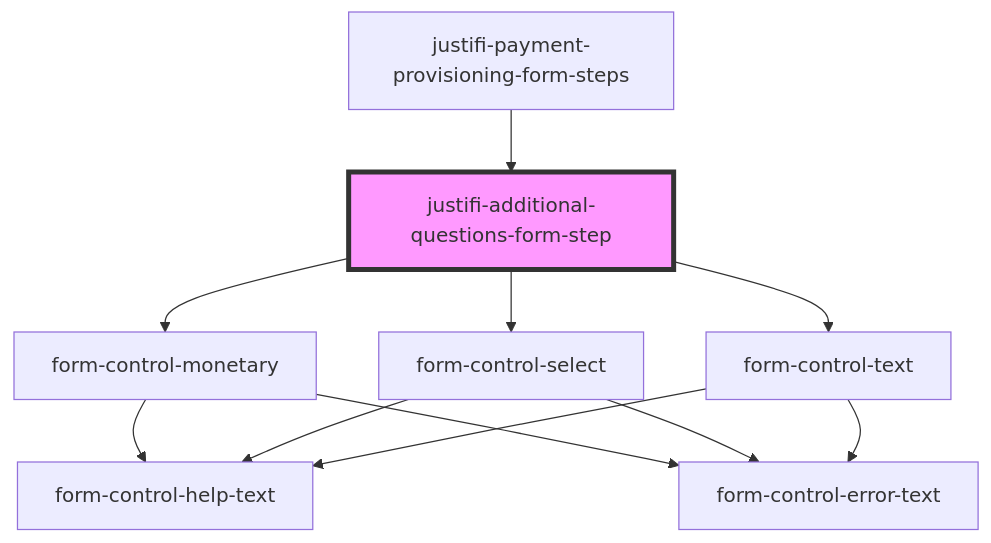
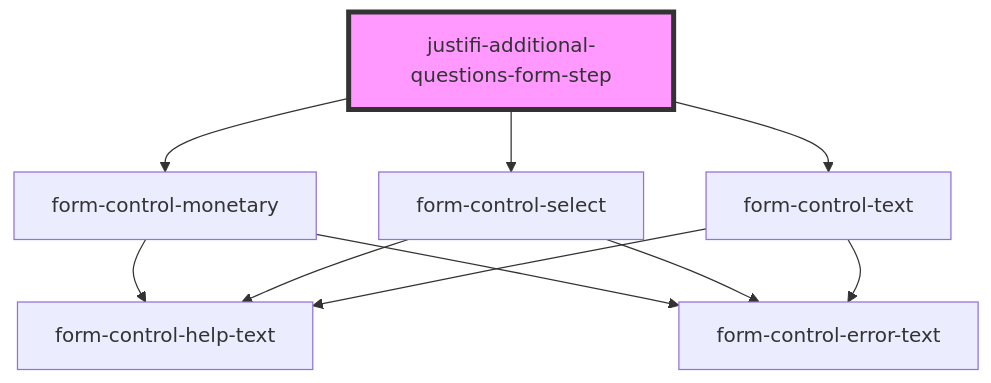
Before and after one commit to justifi-tech/web-component-library: the diagram in packages/webcomponents/src/components/business-forms/payment-provisioning/additional-questions/readme.md, drawn with Mermaid. The commit also changed other lines of this file and 4 other files, not shown here.

````diff
--- a/packages/webcomponents/src/components/business-forms/payment-provisioning/additional-questions/readme.md
+++ b/packages/webcomponents/src/components/business-forms/payment-provisioning/additional-questions/readme.md
@@ -58,14 +54,13 @@
 ```mermaid
 graph TD;
   justifi-additional-questions-form-step --> form-control-monetary
   justifi-additional-questions-form-step --> form-control-select
   justifi-additional-questions-form-step --> form-control-text
   form-control-monetary --> form-control-help-text
   form-control-monetary --> form-control-error-text
   form-control-select --> form-control-help-text
   form-control-select --> form-control-error-text
   form-control-text --> form-control-help-text
   form-control-text --> form-control-error-text
-  justifi-payment-provisioning-form-steps --> justifi-additional-questions-form-step
   style justifi-additional-questions-form-step fill:#f9f,stroke:#333,stroke-width:4px
 ```
````
